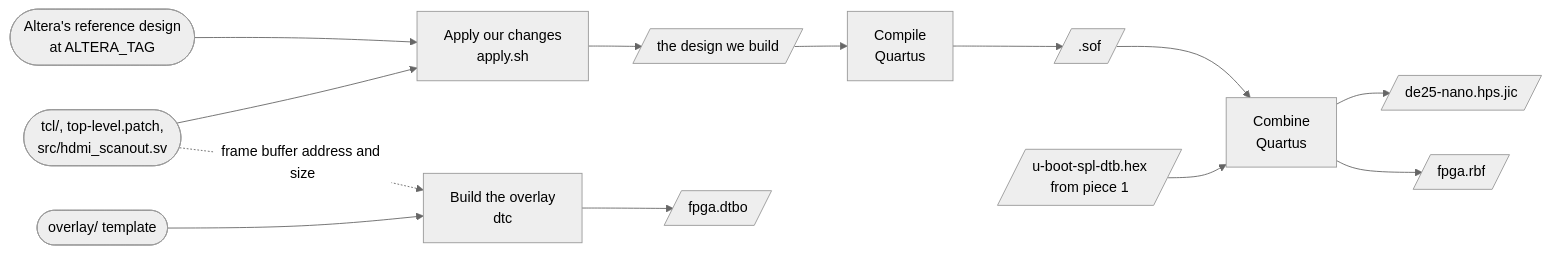
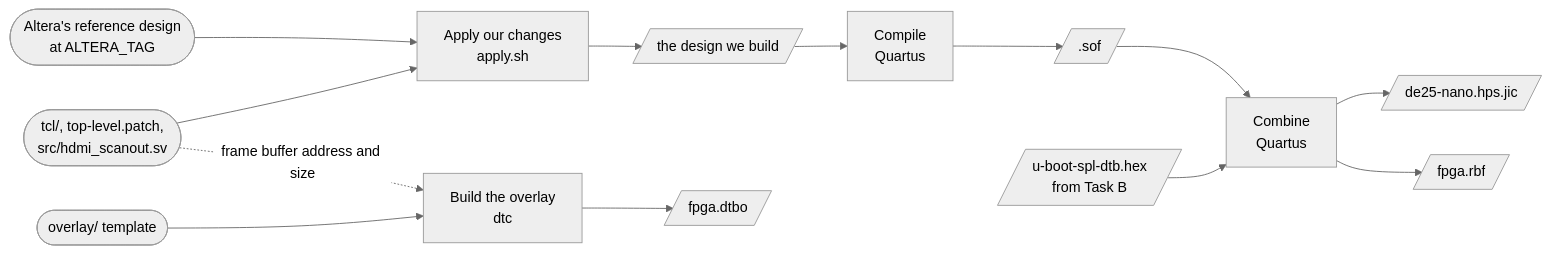
The diagram in fpga/README.md (jclark/de25-nano-debian), drawn with Mermaid (neutral theme) before and after one commit. The commit also changed other lines of this file and 11 other files, not shown here.

````diff
--- a/fpga/README.md
+++ b/fpga/README.md
@@ -3,11 +3,11 @@
 ```mermaid
 flowchart LR
   a0(["Altera's reference design<br/>at ALTERA_TAG"]) --> ap["Apply our changes<br/>apply.sh"]
   s1(["tcl/, top-level.patch,<br/>src/hdmi_scanout.sv"]) --> ap
   ap --> d[/"the design we build"/] --> q["Compile<br/>Quartus"] --> sof[/".sof"/] --> pfg["Combine<br/>Quartus"]
-  spl[/"u-boot-spl-dtb.hex<br/>from piece 1"/] --> pfg
+  spl[/"u-boot-spl-dtb.hex<br/>from Task B"/] --> pfg
   pfg --> jic[/"de25-nano.hps.jic"/]
   pfg --> rbf[/"fpga.rbf"/]
   s2(["overlay/ template"]) --> dtc["Build the overlay<br/>dtc"] --> dtbo[/"fpga.dtbo"/]
   s1 -. "frame buffer address and size" .-> dtc
 ```
````
